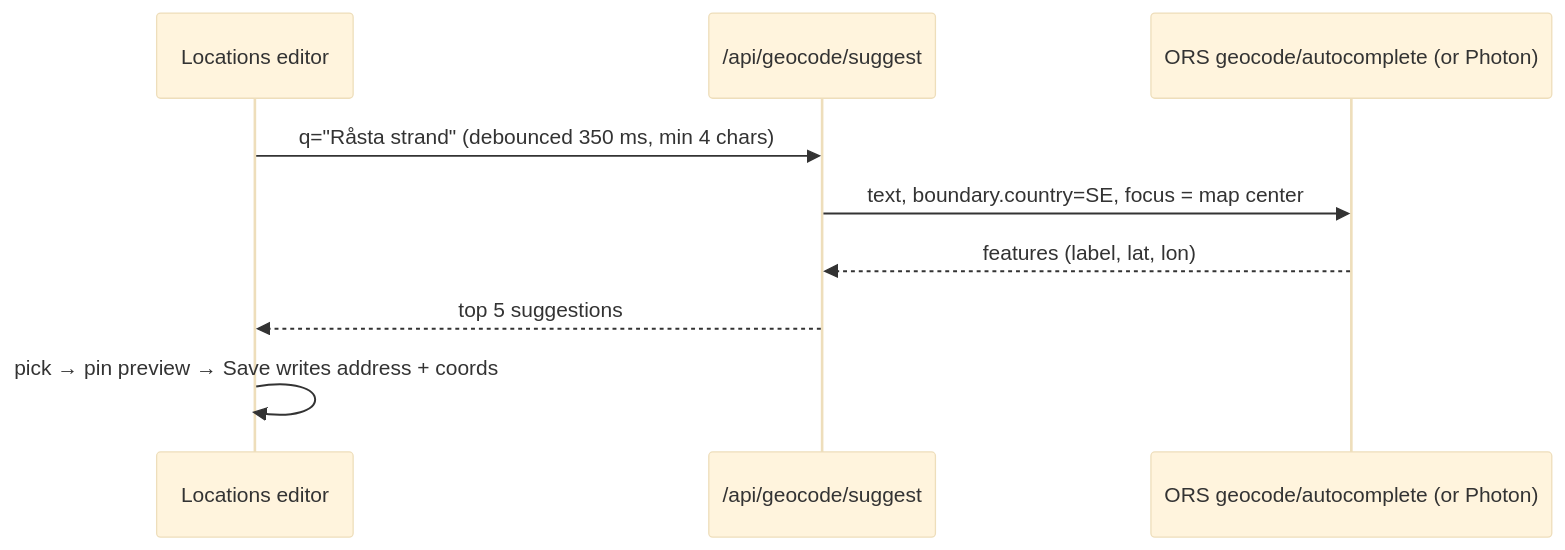
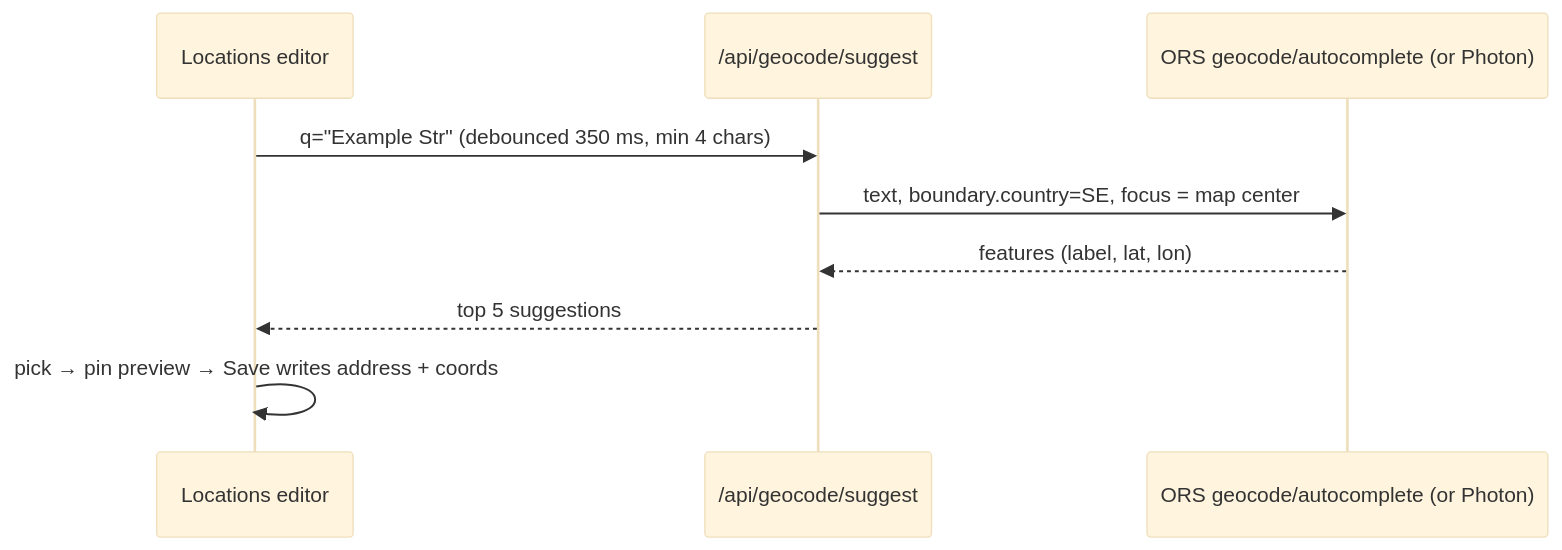
The diagram in tasks/enanche-map/plans/subplan_00_geocode_and_address_suggest.md (MassimilianoBiancucci/find_home), drawn with Mermaid (base theme) before and after one commit. The commit also changed 37 other files, not shown here.

````diff
--- a/tasks/enanche-map/plans/subplan_00_geocode_and_address_suggest.md
+++ b/tasks/enanche-map/plans/subplan_00_geocode_and_address_suggest.md
@@ -21,11 +21,11 @@
 ```mermaid
 sequenceDiagram
   participant UI as Locations editor
   participant API as /api/geocode/suggest
   participant P as ORS geocode/autocomplete (or Photon)
-  UI->>API: q="Råsta strand" (debounced 350 ms, min 4 chars)
+  UI->>API: q="Example Str" (debounced 350 ms, min 4 chars)
   API->>P: text, boundary.country=SE, focus = map center
   P-->>API: features (label, lat, lon)
   API-->>UI: top 5 suggestions
   UI->>UI: pick → pin preview → Save writes address + coords
 ```
````
